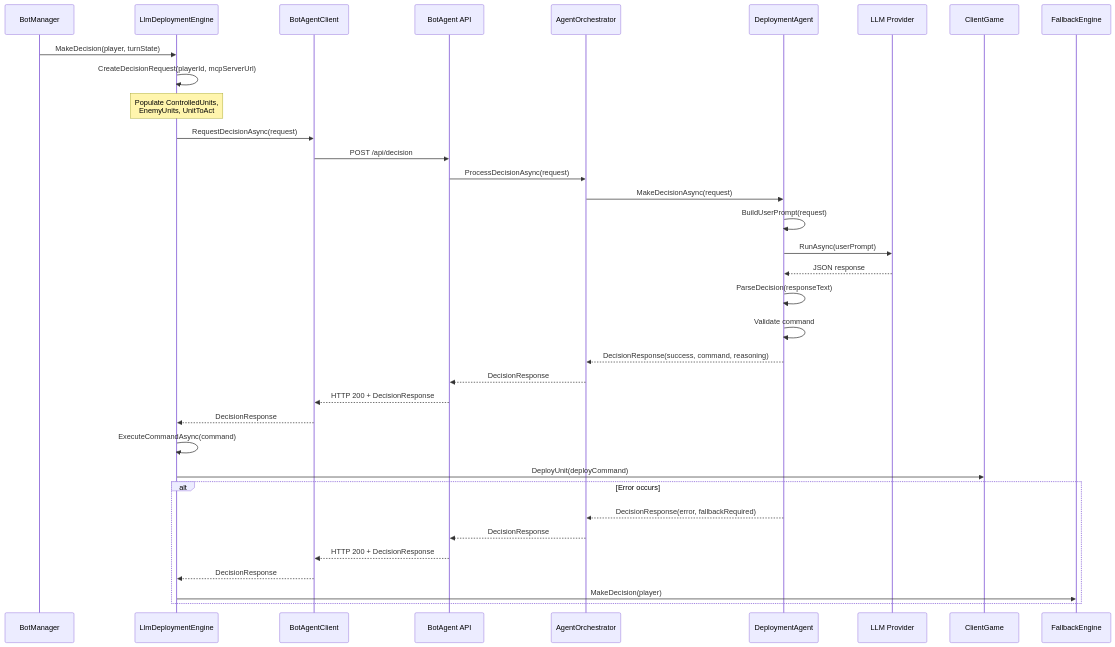
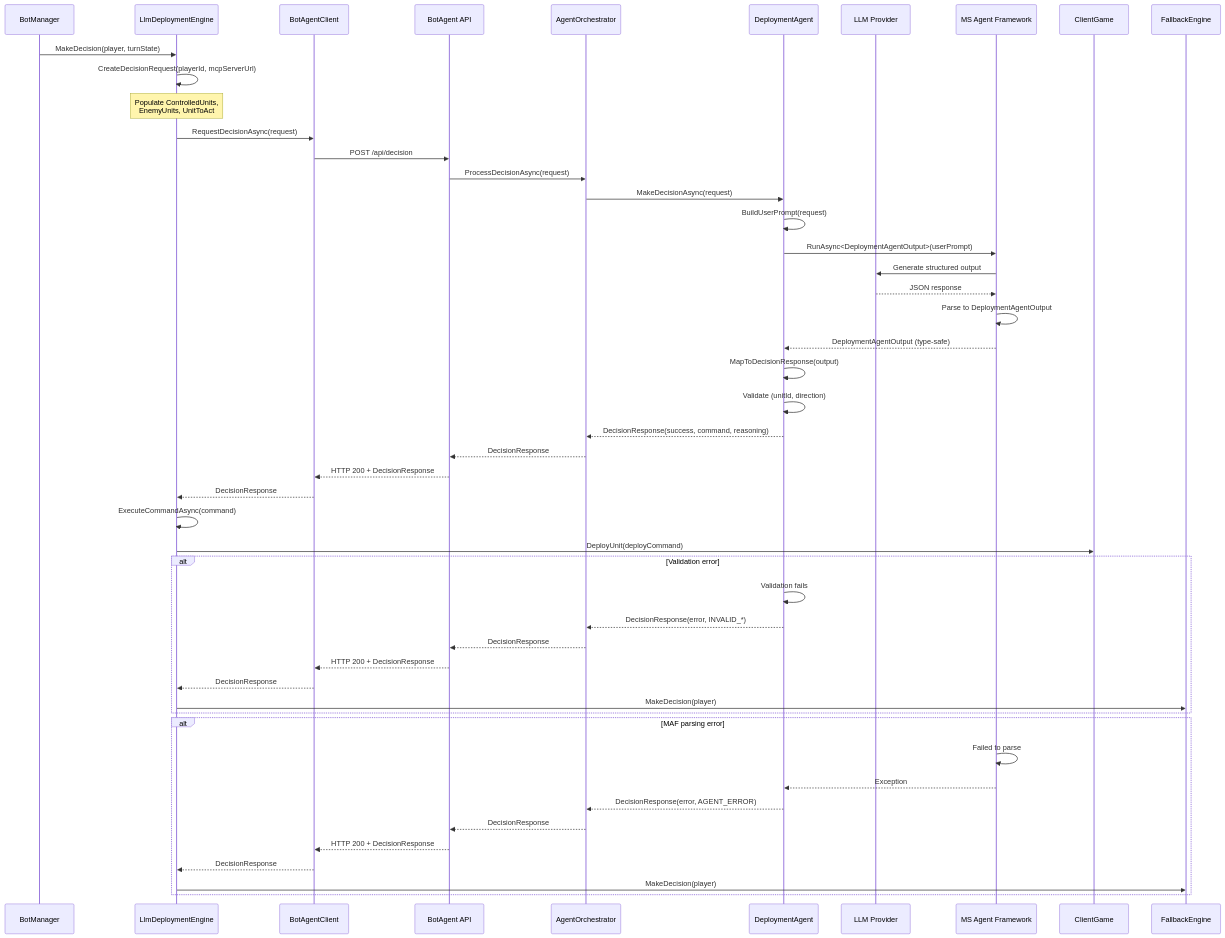
Before and after one commit to anton-makarevich/MakaMek: the diagram in docs/architecture/llm-deployment-agent-design.md, drawn with Mermaid. The commit also changed other lines of this file, not shown here.

Commit message:
doc: use maf structured output

````diff
--- a/docs/architecture/llm-deployment-agent-design.md
+++ b/docs/architecture/llm-deployment-agent-design.md
@@ -559,38 +718,53 @@
 ```mermaid
 sequenceDiagram
     participant BM as BotManager
     participant LDE as LlmDeploymentEngine
     participant BAC as BotAgentClient
     participant API as BotAgent API
     participant AO as AgentOrchestrator
     participant DA as DeploymentAgent
     participant LLM as LLM Provider
+    participant MAF as MS Agent Framework
     participant CG as ClientGame
 
     BM->>LDE: MakeDecision(player, turnState)
     LDE->>LDE: CreateDecisionRequest(playerId, mcpServerUrl)
     Note over LDE: Populate ControlledUnits,<br/>EnemyUnits, UnitToAct
     LDE->>BAC: RequestDecisionAsync(request)
     BAC->>API: POST /api/decision
     API->>AO: ProcessDecisionAsync(request)
     AO->>DA: MakeDecisionAsync(request)
     DA->>DA: BuildUserPrompt(request)
-    DA->>LLM: RunAsync(userPrompt)
-    LLM-->>DA: JSON response
-    DA->>DA: ParseDecision(responseText)
-    DA->>DA: Validate command
+    DA->>MAF: RunAsync<DeploymentAgentOutput>(userPrompt)
+    MAF->>LLM: Generate structured output
+    LLM-->>MAF: JSON response
+    MAF->>MAF: Parse to DeploymentAgentOutput
+    MAF-->>DA: DeploymentAgentOutput (type-safe)
+    DA->>DA: MapToDecisionResponse(output)
+    DA->>DA: Validate (unitId, direction)
     DA-->>AO: DecisionResponse(success, command, reasoning)
     AO-->>API: DecisionResponse
     API-->>BAC: HTTP 200 + DecisionResponse
     BAC-->>LDE: DecisionResponse
     LDE->>LDE: ExecuteCommandAsync(command)
     LDE->>CG: DeployUnit(deployCommand)
 
-    alt Error occurs
-        DA-->>AO: DecisionResponse(error, fallbackRequired)
+    alt Validation error
+        DA->>DA: Validation fails
+        DA-->>AO: DecisionResponse(error, INVALID_*)
+        AO-->>API: DecisionResponse
+        API-->>BAC: HTTP 200 + DecisionResponse
+        BAC-->>LDE: DecisionResponse
+        LDE->>FallbackEngine: MakeDecision(player)
+    end
+
+    alt MAF parsing error
+        MAF->>MAF: Failed to parse
+        MAF-->>DA: Exception
+        DA-->>AO: DecisionResponse(error, AGENT_ERROR)
         AO-->>API: DecisionResponse
         API-->>BAC: HTTP 200 + DecisionResponse
         BAC-->>LDE: DecisionResponse
         LDE->>FallbackEngine: MakeDecision(player)
     end
 ```
````
